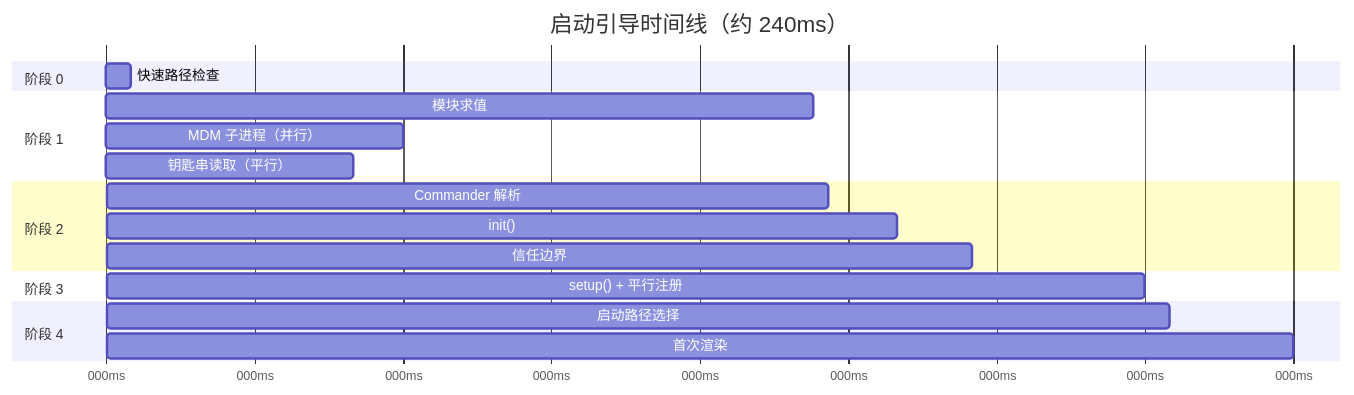
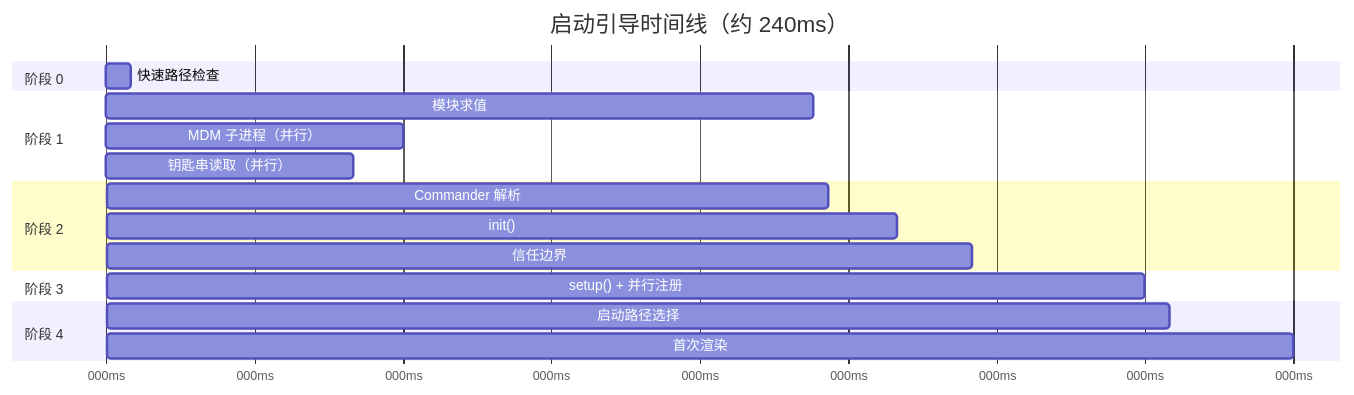
One commit to Gracker/claude-code-from-source-zh-cn changed the fourth of 4 diagrams in book/ch02-bootstrap.md. Above: the diagram before and after it, drawn with Mermaid. The commit also changed other lines of this file and 16 other files, not shown here.

````diff
--- a/book/ch02-bootstrap.md
+++ b/book/ch02-bootstrap.md
@@ -176,26 +176,26 @@
 ```mermaid
 gantt
     title 启动引导时间线（约 240ms）
     dateFormat X
     axisFormat %Lms
 
     section 阶段 0
     快速路径检查          :0, 5
 
     section 阶段 1
     模块求值        :5, 143
     MDM 子进程（并行） :8, 60
-    钥匙串读取（平行）  :8, 50
+    钥匙串读取（并行）  :8, 50
 
     section 阶段 2
     Commander 解析          :143, 146
     init()                   :146, 160
     信任边界           :160, 175
 
     section 阶段 3
-    setup() + 平行注册 :175, 210
+    setup() + 并行注册 :175, 210
 
     section 阶段 4
     启动路径选择    :210, 215
     首次渲染             :215, 240
 ```
````
